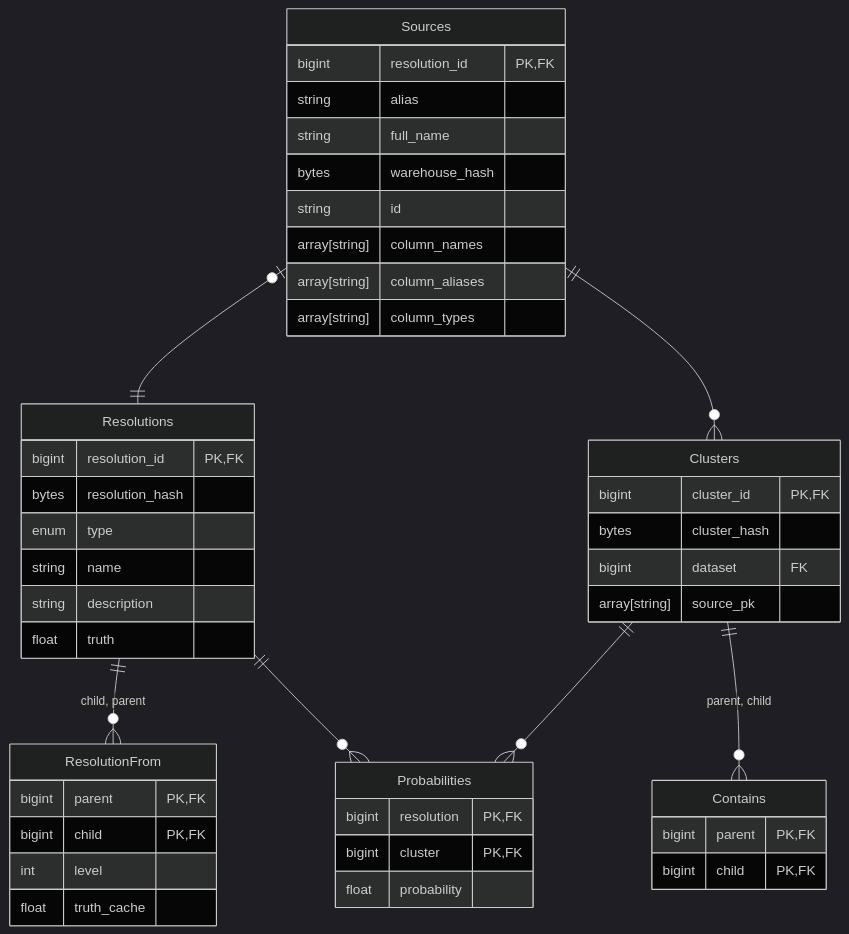
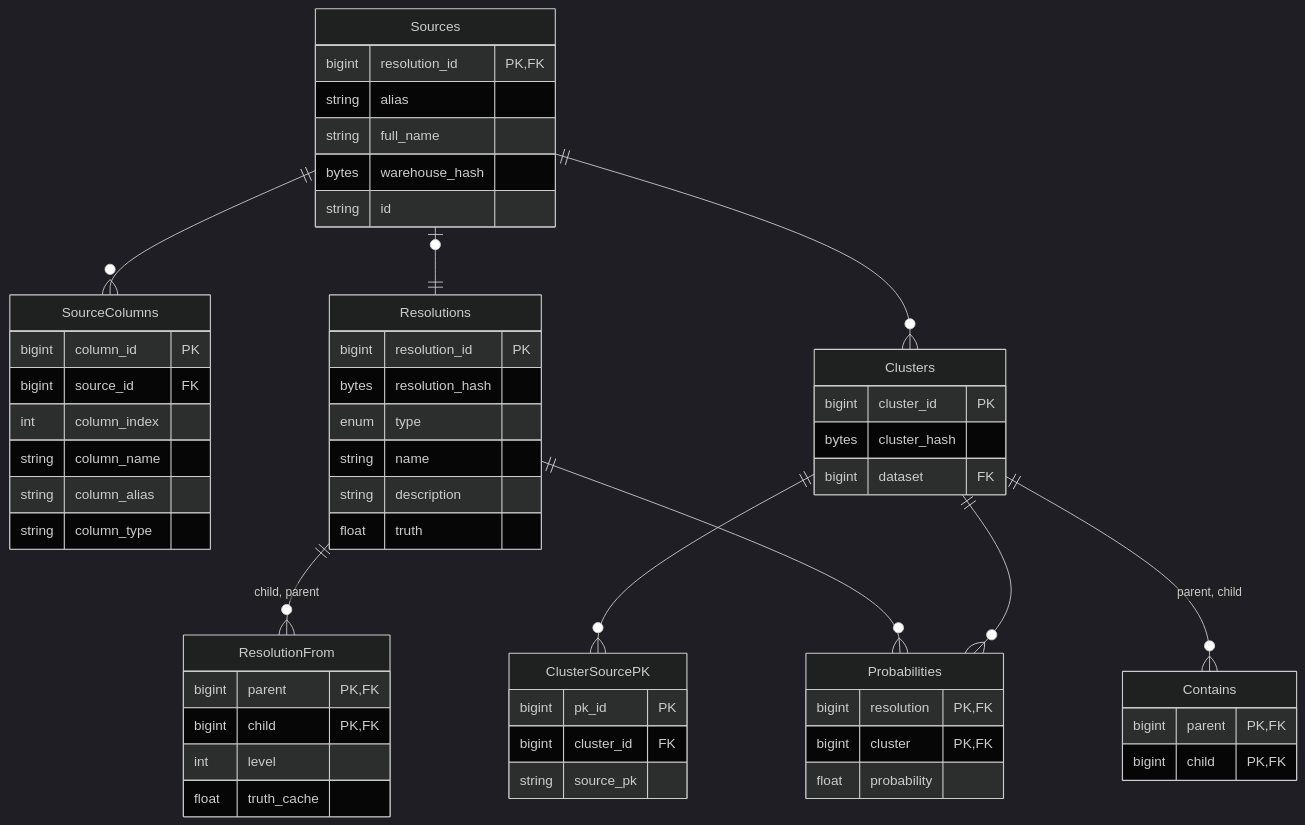
One commit to will-langdale/matchbox changed the diagram in src/matchbox/server/postgresql/README.md. Above: the diagram before and after it, drawn with Mermaid (dark theme). The commit also changed 5 other files, not shown here.

Commit message:
Moved Sources columns data out of arrays and into a separate table.

````diff
--- a/src/matchbox/server/postgresql/README.md
+++ b/src/matchbox/server/postgresql/README.md
@@ -14,49 +14,60 @@
 ```mermaid
 erDiagram
     Sources {
         bigint resolution_id PK,FK
         string alias
         string full_name
         bytes warehouse_hash
         string id
-        array[string] column_names
-        array[string] column_aliases
-        array[string] column_types
+    }
+    SourceColumns {
+        bigint column_id PK
+        bigint source_id FK
+        int column_index
+        string column_name
+        string column_alias
+        string column_type
     }
     Clusters {
-        bigint cluster_id PK,FK
+        bigint cluster_id PK
         bytes cluster_hash
         bigint dataset FK
-        array[string] source_pk
+    }
+    ClusterSourcePK {
+        bigint pk_id PK
+        bigint cluster_id FK
+        string source_pk
     }
     Contains {
         bigint parent PK,FK
         bigint child PK,FK
     }
     Probabilities {
         bigint resolution PK,FK
         bigint cluster PK,FK
         float probability
     }
     Resolutions {
-        bigint resolution_id PK,FK
+        bigint resolution_id PK
         bytes resolution_hash
         enum type
         string name
         string description
         float truth
     }
     ResolutionFrom {
         bigint parent PK,FK
         bigint child PK,FK
         int level
         float truth_cache
     }
 
     Sources |o--|| Resolutions : ""
+    Sources ||--o{ SourceColumns : ""
     Sources ||--o{ Clusters : ""
+    Clusters ||--o{ ClusterSourcePK : ""
     Clusters ||--o{ Contains : "parent, child"
     Clusters ||--o{ Probabilities : ""
     Resolutions ||--o{ Probabilities : ""
     Resolutions ||--o{ ResolutionFrom : "child, parent"
 ```
````
